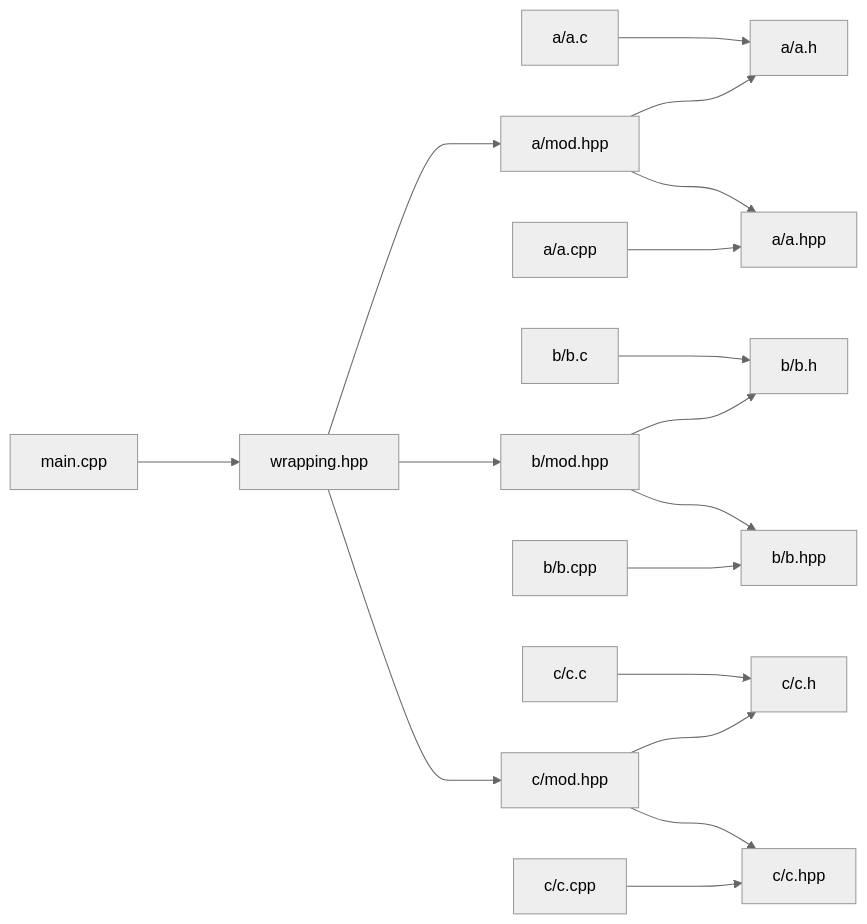
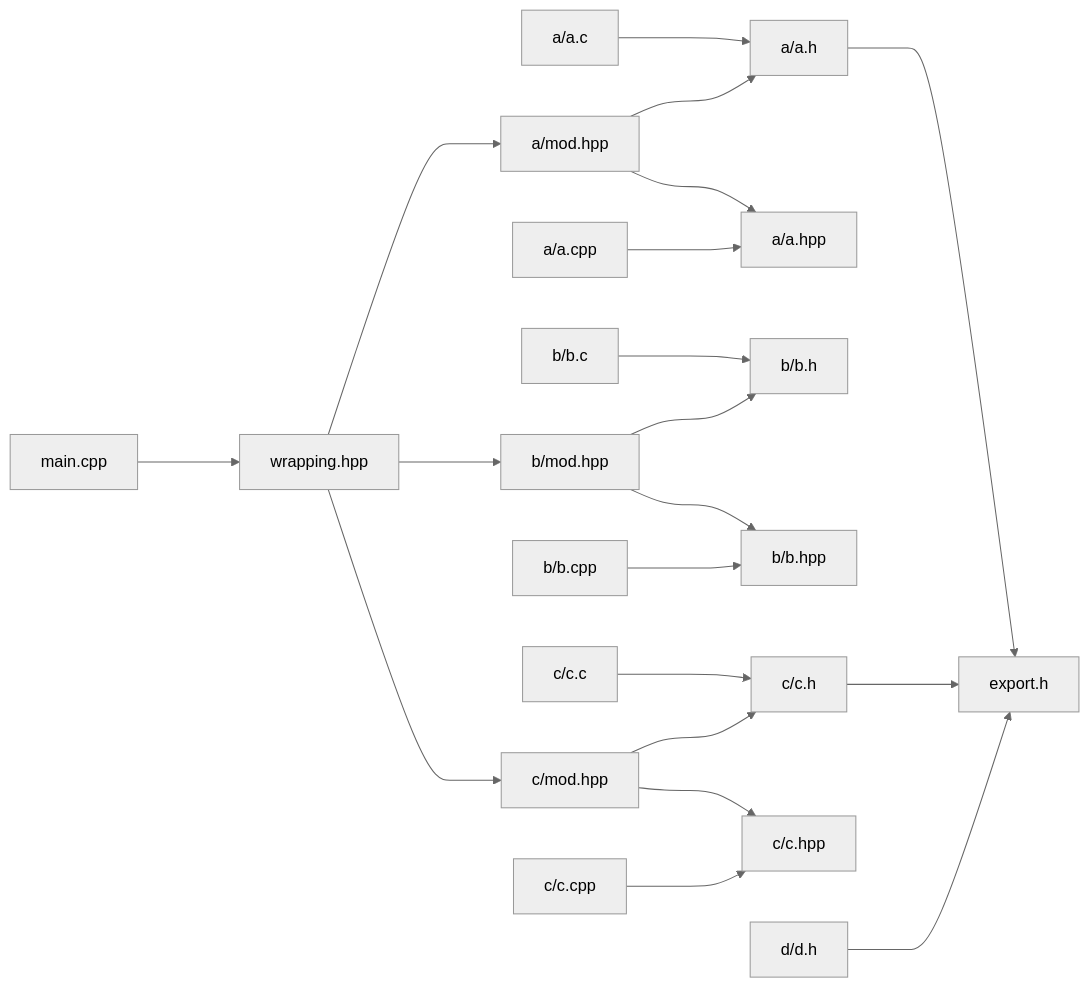
Before and after one commit to ascpkg/asc: the diagram in test_c_cpp.md, drawn with Mermaid (neutral theme). The commit also changed 4 other files, not shown here.

````diff
--- a/test_c_cpp.md
+++ b/test_c_cpp.md
@@ -1,19 +1,22 @@
 ```mermaid
 flowchart LR;
     a/a.c ---> a/a.h;
     a/mod.hpp ---> a/a.h;
     a/a.cpp ---> a/a.hpp;
     a/mod.hpp ---> a/a.hpp;
     wrapping.hpp ---> a/mod.hpp;
     b/b.c ---> b/b.h;
     b/mod.hpp ---> b/b.h;
     b/b.cpp ---> b/b.hpp;
     b/mod.hpp ---> b/b.hpp;
     wrapping.hpp ---> b/mod.hpp;
     c/c.c ---> c/c.h;
     c/mod.hpp ---> c/c.h;
     c/c.cpp ---> c/c.hpp;
     c/mod.hpp ---> c/c.hpp;
     wrapping.hpp ---> c/mod.hpp;
+    a/a.h ---> export.h;
+    c/c.h ---> export.h;
+    d/d.h ---> export.h;
     main.cpp ---> wrapping.hpp;
 ```
````
